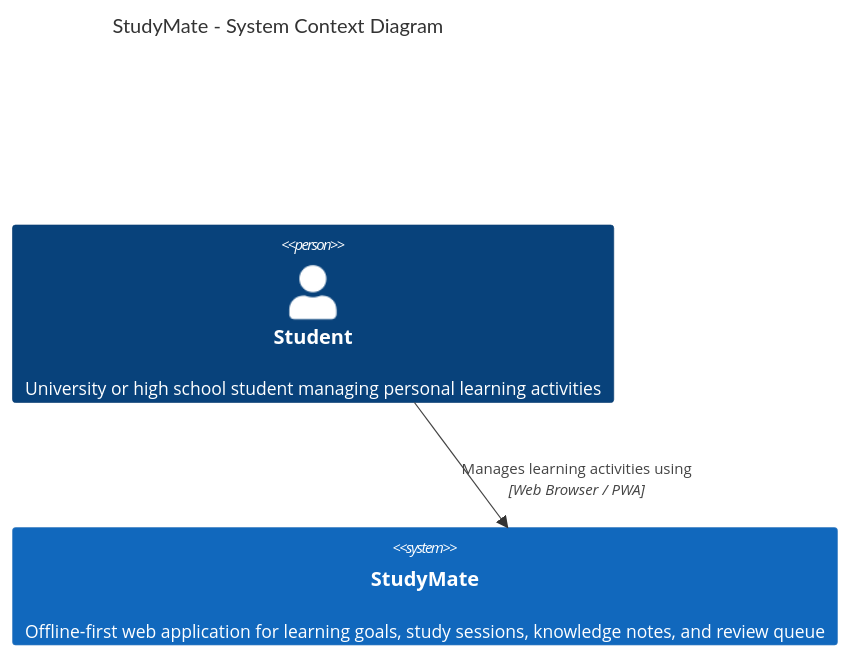
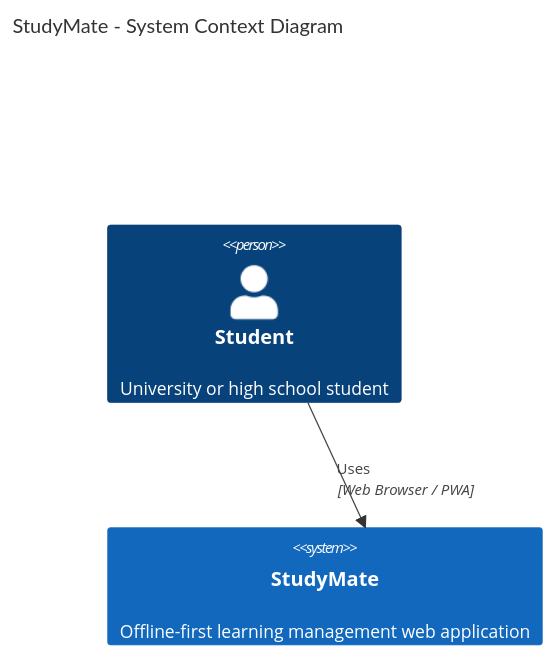
The diagram in Test.md (krittapatj/Test-Github), drawn with Mermaid before and after one commit.

````diff
--- a/Test.md
+++ b/Test.md
@@ -13,10 +13,10 @@
 ```mermaid
 C4Context
     title StudyMate - System Context Diagram
 
-    Person(student, "Student", "University or high school student managing personal learning activities")
+    Person(student, "Student", "University or high school student")
 
-    System(studymate, "StudyMate", "Offline-first web application for learning goals, study sessions, knowledge notes, and review queue")
+    System(studymate, "StudyMate", "Offline-first learning management web application")
 
-    Rel(student, studymate, "Manages learning activities using", "Web Browser / PWA")
+    Rel(student, studymate, "Uses", "Web Browser / PWA")
 ```
````
